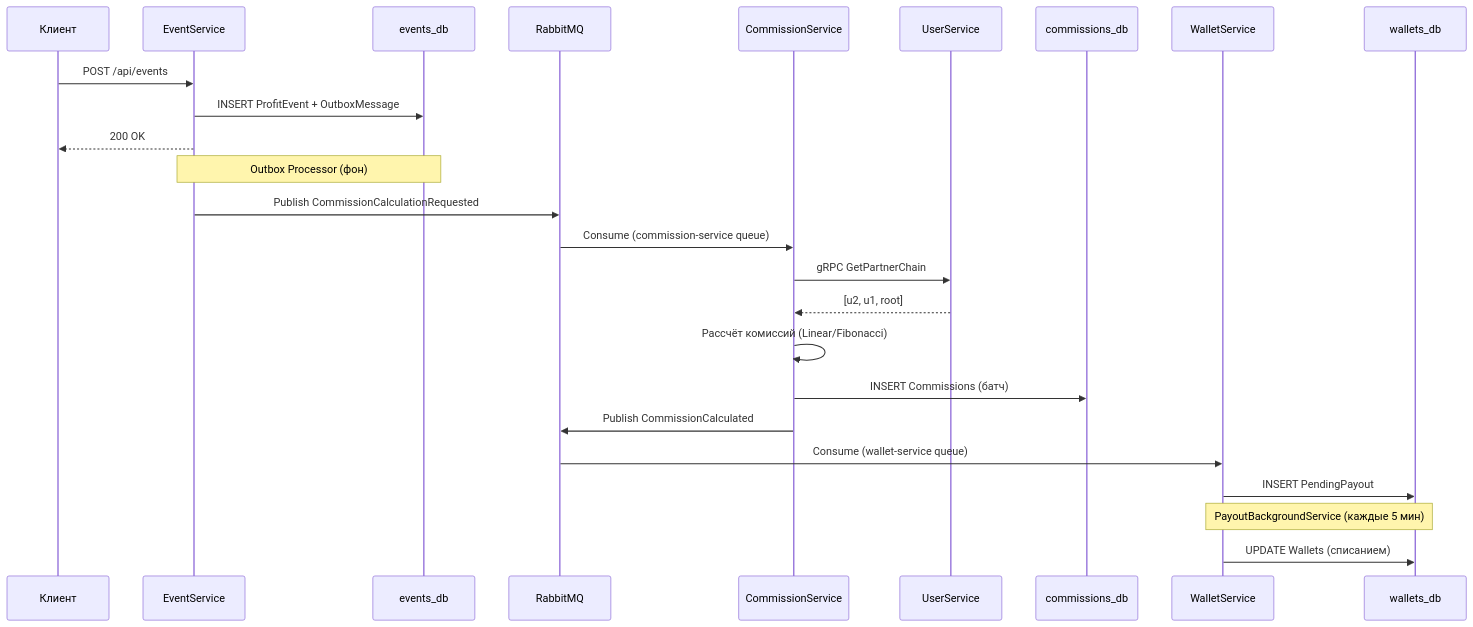
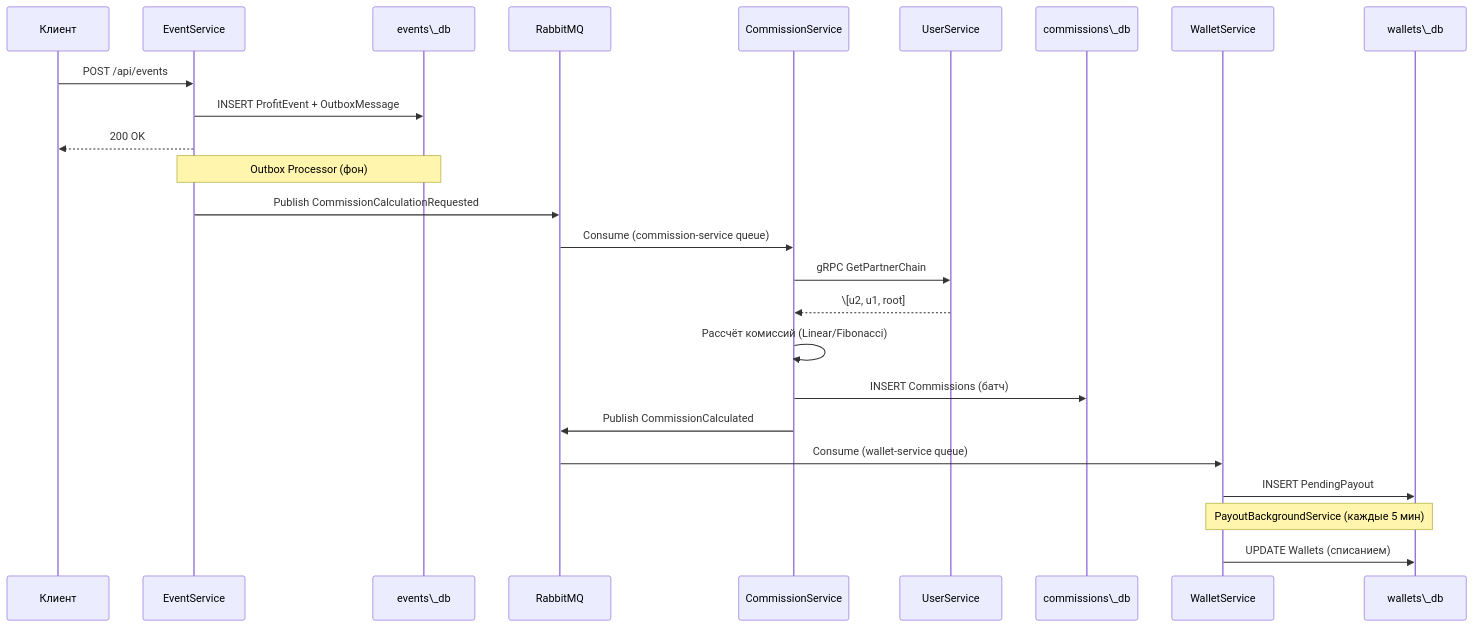
The second of 2 diagrams in README.md (alexKuzovkov/PartnerSystem), drawn with Mermaid before and after one commit. The commit also changed other lines of this file, not shown here.

Commit message:
docs: fix Mermaid ER diagram syntax

````diff
--- a/README.md
+++ b/README.md
@@ -69,32 +69,32 @@
 ```mermaid
 sequenceDiagram
     participant C as Клиент
     participant ES as EventService
-    participant DB1 as events_db
+    participant DB1 as events\_db
     participant RMQ as RabbitMQ
     participant CS as CommissionService
     participant US as UserService
-    participant DB2 as commissions_db
+    participant DB2 as commissions\_db
     participant WS as WalletService
-    participant DB3 as wallets_db
+    participant DB3 as wallets\_db
 
     C->>ES: POST /api/events
     ES->>DB1: INSERT ProfitEvent + OutboxMessage
     ES-->>C: 200 OK
 
     Note over ES,DB1: Outbox Processor (фон)
     ES->>RMQ: Publish CommissionCalculationRequested
 
     RMQ->>CS: Consume (commission-service queue)
     CS->>US: gRPC GetPartnerChain
-    US-->>CS: [u2, u1, root]
+    US-->>CS: \[u2, u1, root]
     CS->>CS: Рассчёт комиссий (Linear/Fibonacci)
     CS->>DB2: INSERT Commissions (батч)
     CS->>RMQ: Publish CommissionCalculated
 
     RMQ->>WS: Consume (wallet-service queue)
     WS->>DB3: INSERT PendingPayout
 
     Note over WS,DB3: PayoutBackgroundService (каждые 5 мин)
     WS->>DB3: UPDATE Wallets (списанием)
 ```
````
